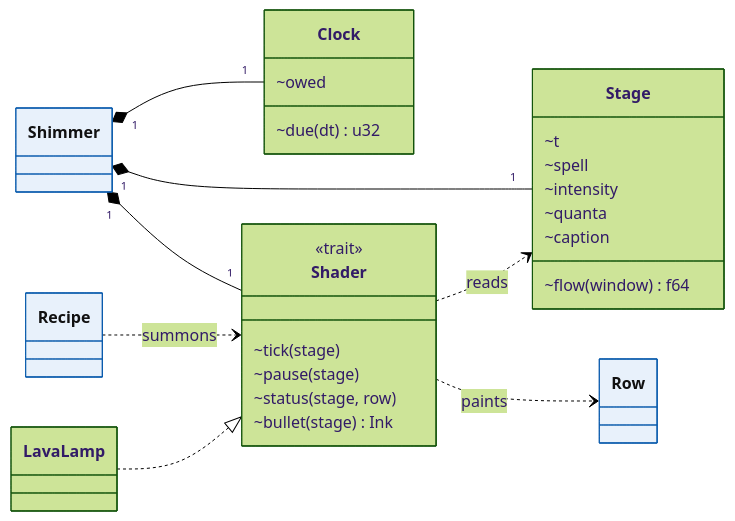
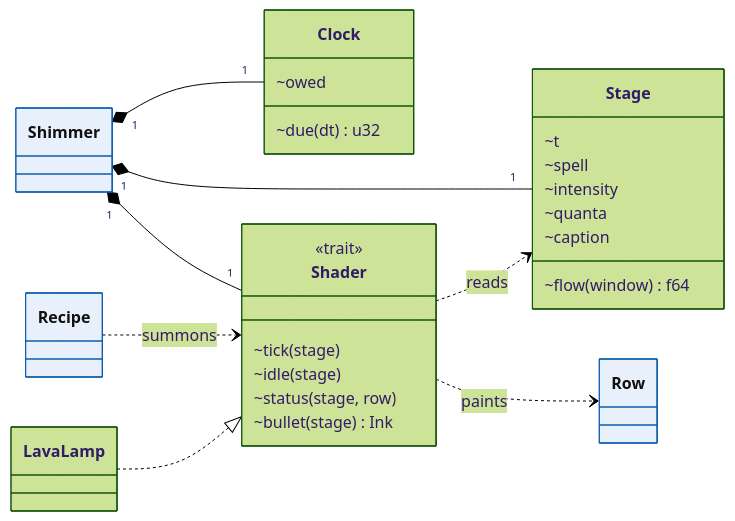
Before and after one commit to aoaoaoaoaoaoaoaoaoaoaoaoaoaoaoaoaoaoaoa/libshimmer: the fourth of 6 diagrams in design/DESIGN.md, drawn with Mermaid (forest theme). The commit also changed other lines of this file, not shown here.

First line of the commit message:
Let each shader paint Idle as it chooses

````diff
--- a/design/DESIGN.md
+++ b/design/DESIGN.md
@@ -203,37 +203,37 @@
 ```mermaid
 classDiagram
   direction LR
   class Shimmer
   class Recipe
   class Row
   class Clock {
     ~owed
     ~due(dt) u32
   }
   class Stage {
     ~t
     ~spell
     ~intensity
     ~quanta
     ~caption
     ~flow(window) f64
   }
   class Shader {
     <<trait>>
     ~tick(stage)
-    ~pause(stage)
+    ~idle(stage)
     ~status(stage, row)
     ~bullet(stage) Ink
   }
   class LavaLamp
   Shimmer "1" *-- "1" Clock
   Shimmer "1" *-- "1" Stage
   Shimmer "1" *-- "1" Shader
   Recipe ..> Shader : summons
   LavaLamp ..|> Shader
   Shader ..> Stage : reads
   Shader ..> Row : paints
   style Shimmer fill:#e8f1fb,stroke:#0b5cad,color:#111
   style Recipe fill:#e8f1fb,stroke:#0b5cad,color:#111
   style Row fill:#e8f1fb,stroke:#0b5cad,color:#111
 ```
````
